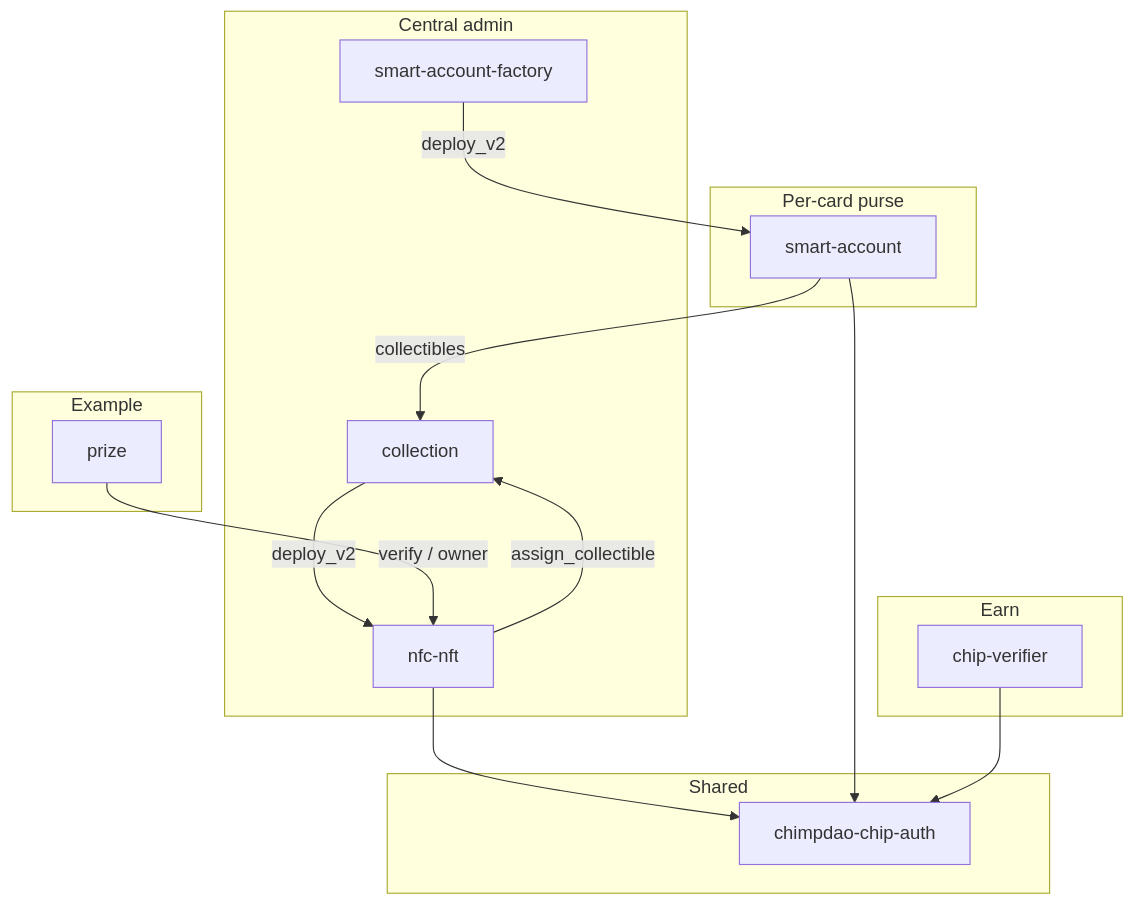
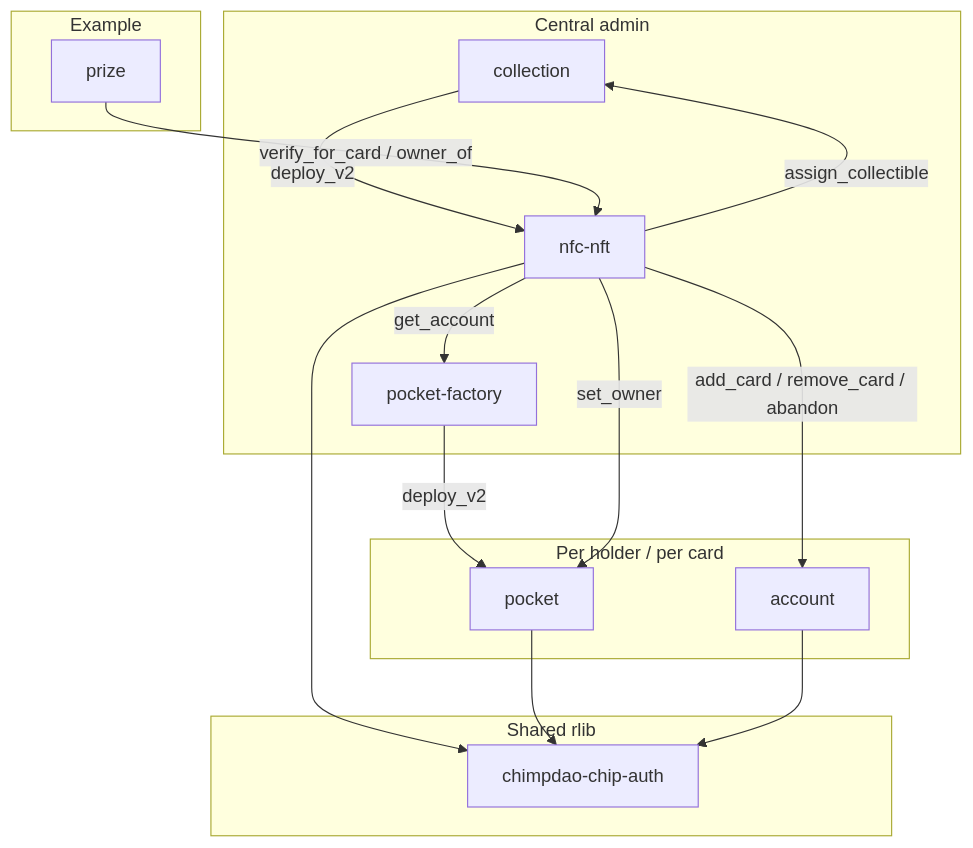
Before and after one commit to Consulting-Manao/chimpdao-contracts: the first of 3 diagrams in docs/ARCHITECTURE.md, drawn with Mermaid. The commit also changed other lines of this file and 46 other files, not shown here.

Commit message:
Account and pocket refactoring

````diff
--- a/docs/ARCHITECTURE.md
+++ b/docs/ARCHITECTURE.md
@@ -42,34 +51,33 @@
 ```mermaid
 flowchart TB
-  subgraph shared [Shared]
+  subgraph shared [Shared rlib]
     ChipAuth[chimpdao-chip-auth]
   end
 
   subgraph central [Central admin]
     Collection[collection]
-    Factory[smart-account-factory]
+    Factory[pocket-factory]
     NfcNft[nfc-nft]
   end
 
-  subgraph purse [Per-card purse]
-    Pocket[smart-account]
-  end
-
-  subgraph earn [Earn]
-    Verifier[chip-verifier]
+  subgraph holder [Per holder / per card]
+    Account[account]
+    Pocket[pocket]
   end
 
   subgraph example [Example]
     Prize[prize]
   end
 
   Collection -->|deploy_v2| NfcNft
   NfcNft -->|assign_collectible| Collection
   Factory -->|deploy_v2| Pocket
-  Pocket -->|collectibles| Collection
-  Prize -->|verify / owner| NfcNft
+  NfcNft -->|get_account| Factory
+  NfcNft -->|add_card / remove_card / abandon| Account
+  NfcNft -->|set_owner| Pocket
+  Prize -->|verify_for_card / owner_of| NfcNft
 
   NfcNft --> ChipAuth
   Pocket --> ChipAuth
-  Verifier --> ChipAuth
+  Account --> ChipAuth
 ```
````
